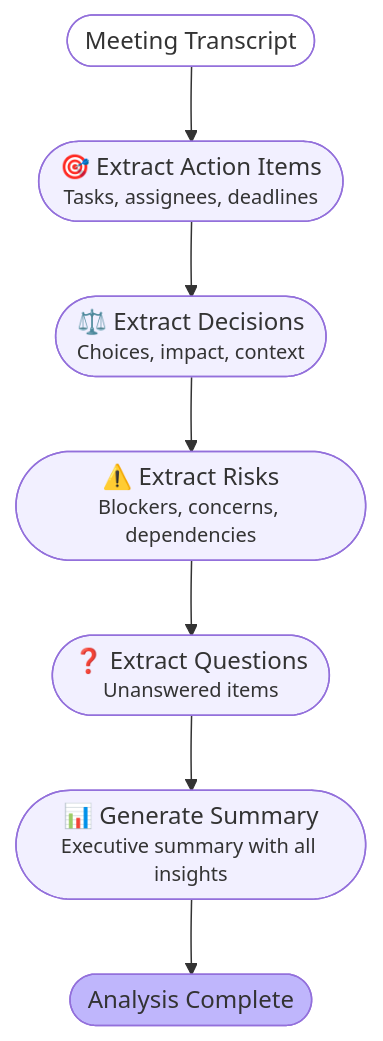
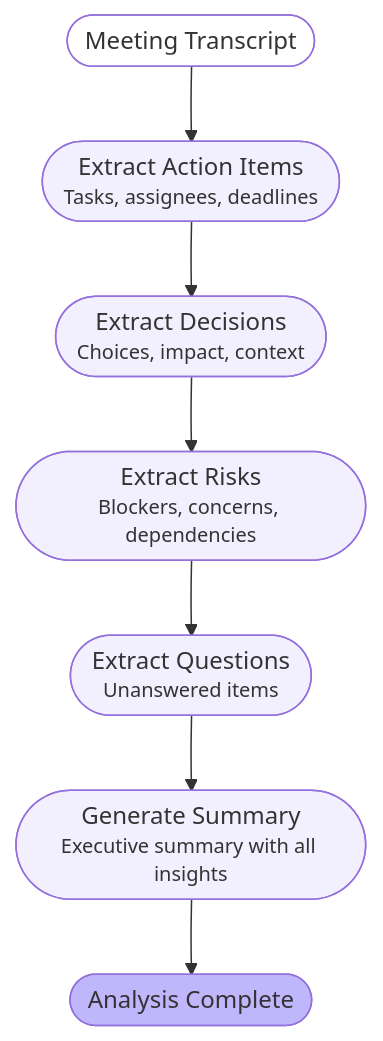
One commit to Luislopezleon/Meetmind changed the diagram in README.md. Above: the diagram before and after it, drawn with Mermaid. The commit also changed other lines of this file, not shown here.

````diff
--- a/README.md
+++ b/README.md
@@ -79,19 +79,19 @@
 ```mermaid
 graph TD;
     __start__([Meeting Transcript]):::first
-    extract_action_items(["🎯 Extract Action Items<br/><small>Tasks, assignees, deadlines</small>"])
-    extract_decisions(["⚖️ Extract Decisions<br/><small>Choices, impact, context</small>"])
-    extract_risks(["⚠️ Extract Risks<br/><small>Blockers, concerns, dependencies</small>"])
-    extract_questions(["❓ Extract Questions<br/><small>Unanswered items</small>"])
-    generate_summary(["📊 Generate Summary<br/><small>Executive summary with all insights</small>"])
+    extract_action_items([" Extract Action Items<br/><small>Tasks, assignees, deadlines</small>"])
+    extract_decisions([" Extract Decisions<br/><small>Choices, impact, context</small>"])
+    extract_risks([" Extract Risks<br/><small>Blockers, concerns, dependencies</small>"])
+    extract_questions([" Extract Questions<br/><small>Unanswered items</small>"])
+    generate_summary([" Generate Summary<br/><small>Executive summary with all insights</small>"])
     __end__([Analysis Complete]):::last
     __start__ --> extract_action_items;
     extract_action_items --> extract_decisions;
     extract_decisions --> extract_risks;
     extract_risks --> extract_questions;
     extract_questions --> generate_summary;
     generate_summary --> __end__;
     classDef default fill:#f2f0ff,line-height:1.2
     classDef first fill-opacity:0
     classDef last fill:#bfb6fc
 ```
````
